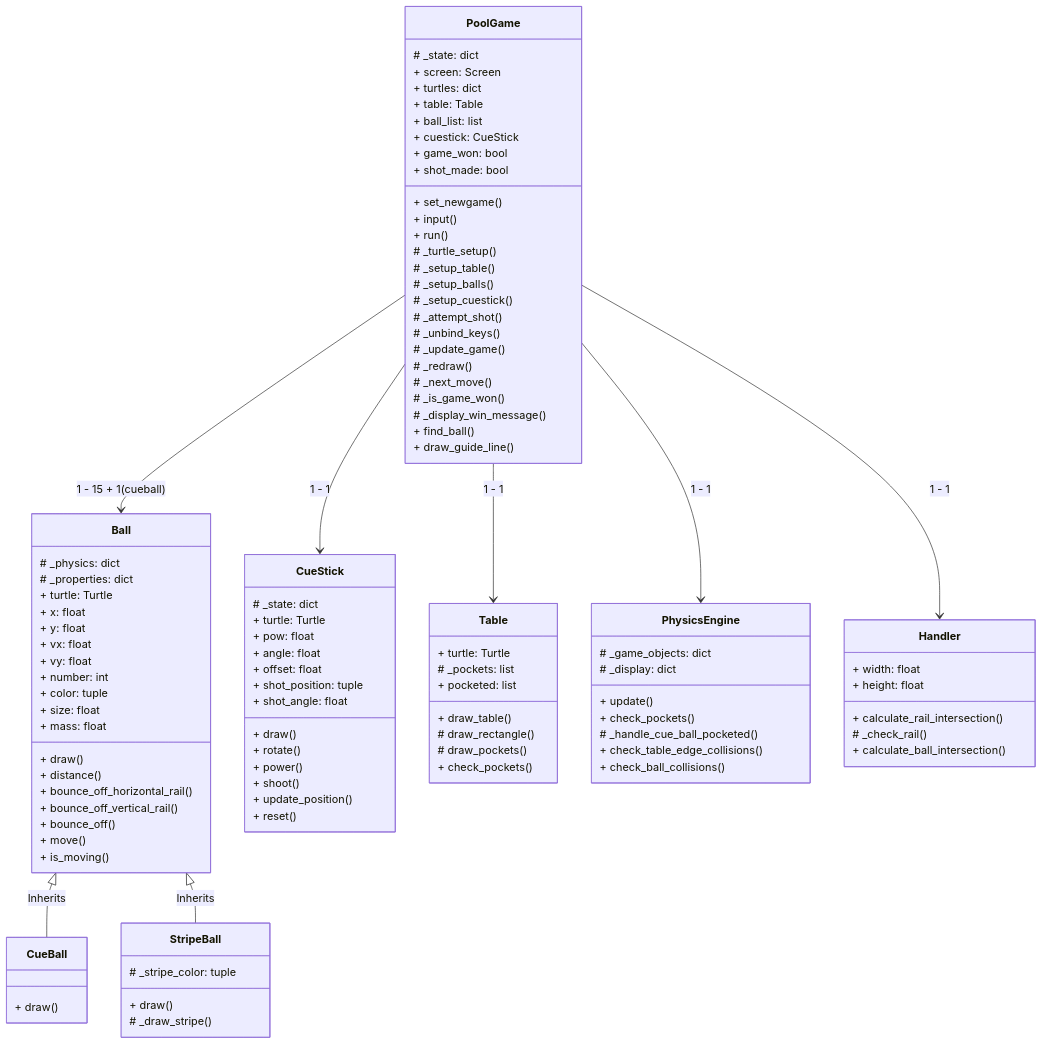
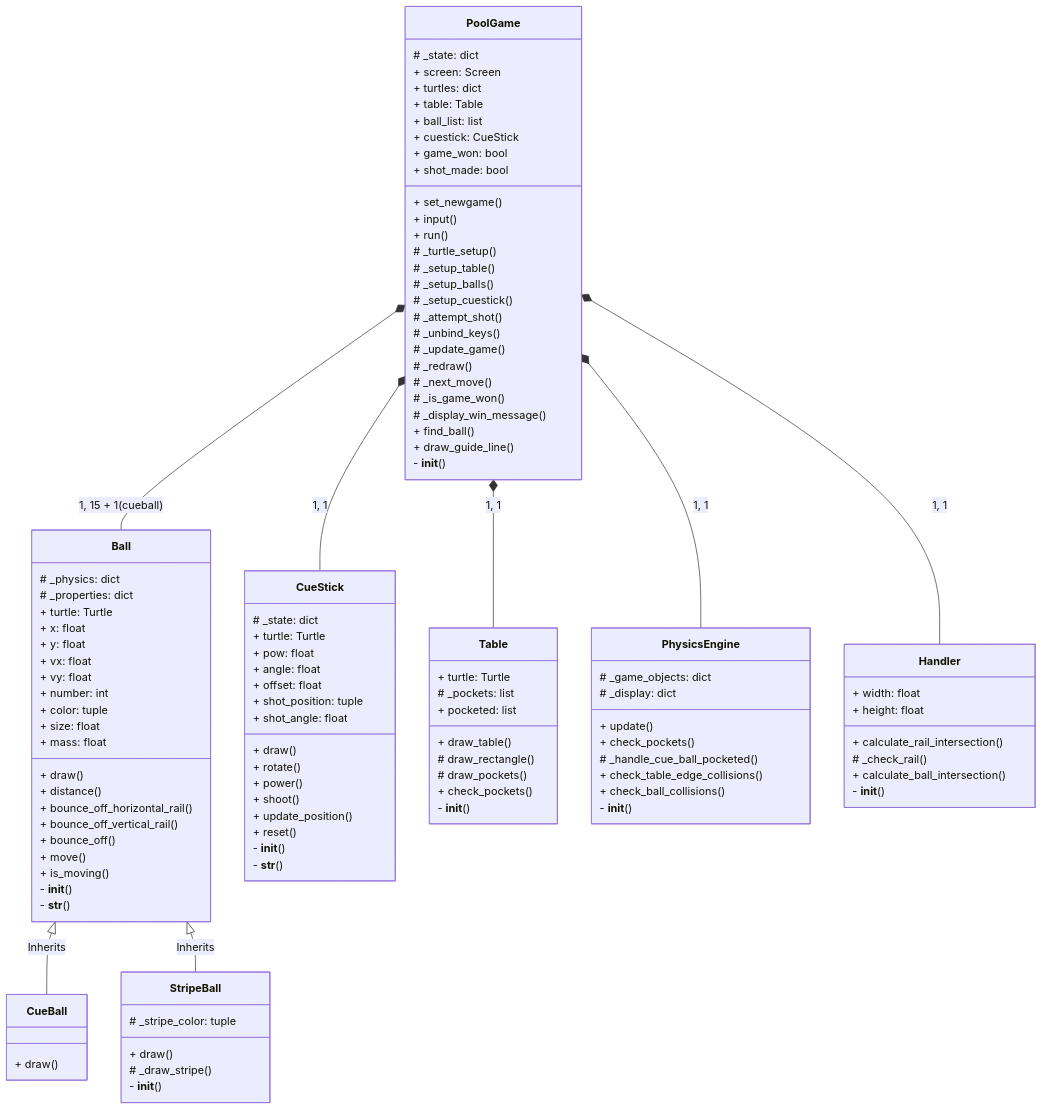
Before and after one commit to uzimpp/8pool: the diagram in README.md, drawn with Mermaid. The commit also changed other lines of this file, not shown here.

````diff
--- a/README.md
+++ b/README.md
@@ -230,6 +230,7 @@
         # _display_win_message()
         + find_ball()
         + draw_guide_line()
+        - __init__()
     }
 
     class Ball {
@@ -251,6 +252,8 @@
         + bounce_off()
         + move()
         + is_moving()
+        - __init__()
+        - __str__()
     }
 
     class CueBall {
@@ -261,6 +264,7 @@
         # _stripe_color: tuple
         + draw()
         # _draw_stripe()
+        - __init__()
     }
 
     class CueStick {
@@ -277,6 +281,8 @@
         + shoot()
         + update_position()
         + reset()
+        - __init__()
+        - __str__()
     }
 
     class Table {
@@ -287,6 +293,7 @@
         # draw_rectangle()
         # draw_pockets()
         + check_pockets()
+        - __init__()
     }
 
     class PhysicsEngine {
@@ -297,6 +304,7 @@
         # _handle_cue_ball_pocketed()
         + check_table_edge_collisions()
         + check_ball_collisions()
+        - __init__()
     }
 
     class Handler {
@@ -305,13 +313,14 @@
         + calculate_rail_intersection()
         # _check_rail()
         + calculate_ball_intersection()
+        - __init__()
     }
 
-    PoolGame --> Ball : 1 - 15 + 1(cueball)
-    PoolGame --> CueStick : 1 - 1
-    PoolGame --> Table : 1 - 1
-    PoolGame --> PhysicsEngine : 1 - 1
-    PoolGame --> Handler : 1 - 1
+    PoolGame *-- Ball : 1, 15 + 1(cueball)
+    PoolGame *-- CueStick : 1, 1
+    PoolGame *-- Table : 1, 1
+    PoolGame *-- PhysicsEngine : 1, 1
+    PoolGame *-- Handler : 1, 1
     Ball <|-- CueBall : Inherits
     Ball <|-- StripeBall : Inherits
 ```
````
